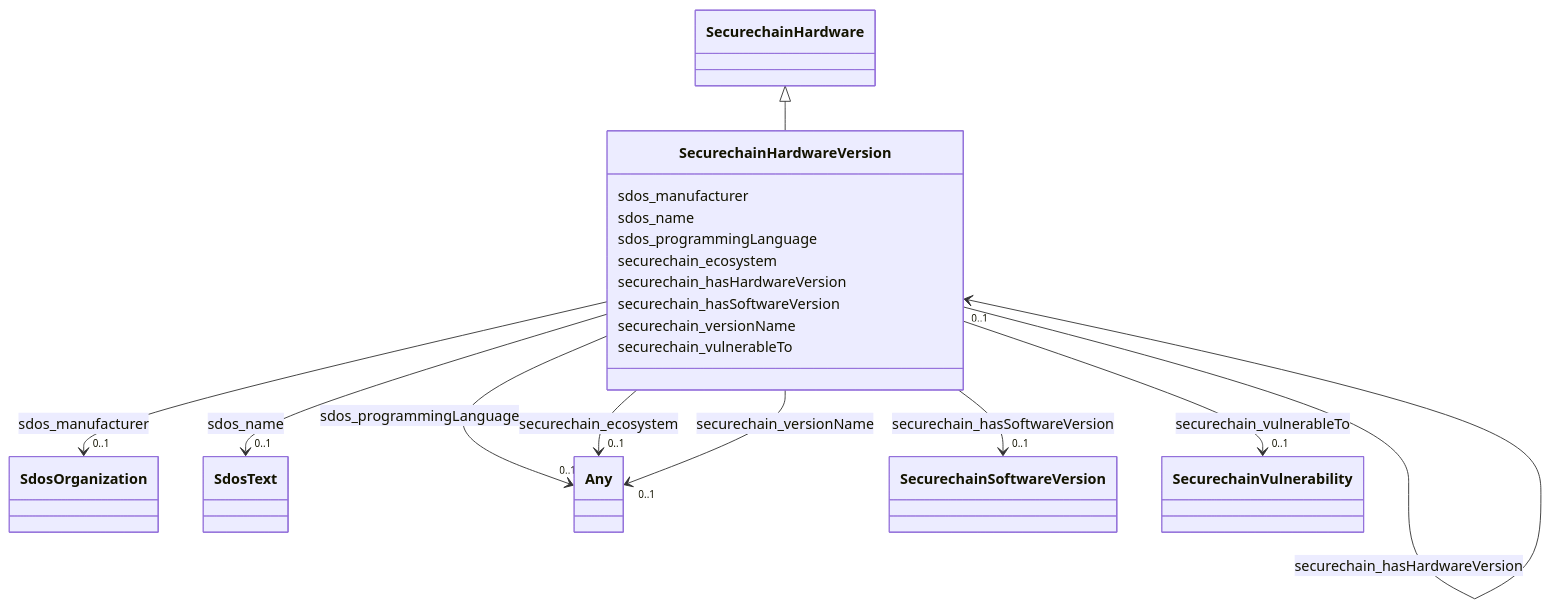
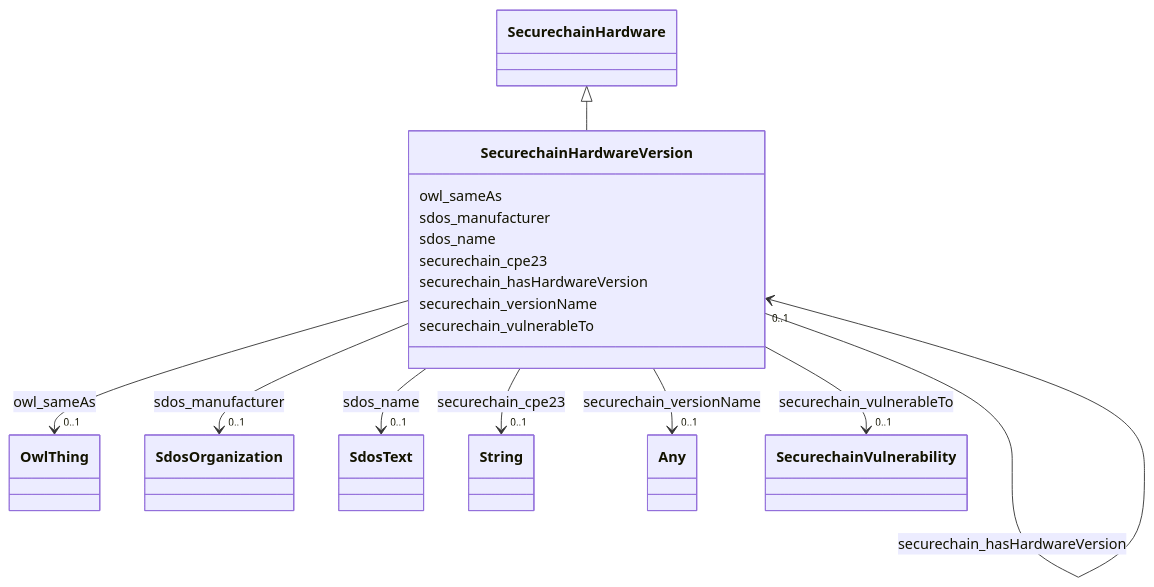
The diagram in secure-chain-kg/classes/SecurechainHardwareVersion.md (frink-okn/graph-descriptions), drawn with Mermaid before and after one commit. The commit also changed other lines of this file and 26 other files, not shown here.

````diff
--- a/secure-chain-kg/classes/SecurechainHardwareVersion.md
+++ b/secure-chain-kg/classes/SecurechainHardwareVersion.md
@@ -18,81 +18,72 @@
 ```mermaid
  classDiagram
     class SecurechainHardwareVersion
     click SecurechainHardwareVersion href "../SecurechainHardwareVersion"
       SecurechainHardware <|-- SecurechainHardwareVersion
         click SecurechainHardware href "../SecurechainHardware"
       
+      SecurechainHardwareVersion : owl_sameAs
+        
+          
+    
+    
+    SecurechainHardwareVersion --> "0..1" OwlThing : owl_sameAs
+    click OwlThing href "../OwlThing"
+
+        
       SecurechainHardwareVersion : sdos_manufacturer
         
           
     
     
     SecurechainHardwareVersion --> "0..1" SdosOrganization : sdos_manufacturer
     click SdosOrganization href "../SdosOrganization"
 
         
       SecurechainHardwareVersion : sdos_name
         
           
     
     
     SecurechainHardwareVersion --> "0..1" SdosText : sdos_name
     click SdosText href "../SdosText"
 
         
-      SecurechainHardwareVersion : sdos_programmingLanguage
+      SecurechainHardwareVersion : securechain_cpe23
         
           
     
     
-    SecurechainHardwareVersion --> "0..1" Any : sdos_programmingLanguage
-    click Any href "../Any"
-
-        
-      SecurechainHardwareVersion : securechain_ecosystem
-        
-          
-    
-    
-    SecurechainHardwareVersion --> "0..1" Any : securechain_ecosystem
-    click Any href "../Any"
+    SecurechainHardwareVersion --> "0..1" String : securechain_cpe23
+    click String href "../String"
 
         
       SecurechainHardwareVersion : securechain_hasHardwareVersion
         
           
     
     
     SecurechainHardwareVersion --> "0..1" SecurechainHardwareVersion : securechain_hasHardwareVersion
     click SecurechainHardwareVersion href "../SecurechainHardwareVersion"
-
-        
-      SecurechainHardwareVersion : securechain_hasSoftwareVersion
-        
-          
-    
-    
-    SecurechainHardwareVersion --> "0..1" SecurechainSoftwareVersion : securechain_hasSoftwareVersion
-    click SecurechainSoftwareVersion href "../SecurechainSoftwareVersion"
 
         
       SecurechainHardwareVersion : securechain_versionName
         
           
     
     
     SecurechainHardwareVersion --> "0..1" Any : securechain_versionName
     click Any href "../Any"
 
         
       SecurechainHardwareVersion : securechain_vulnerableTo
         
           
     
     
     SecurechainHardwareVersion --> "0..1" SecurechainVulnerability : securechain_vulnerableTo
     click SecurechainVulnerability href "../SecurechainVulnerability"
 
         
       
 ```
````
